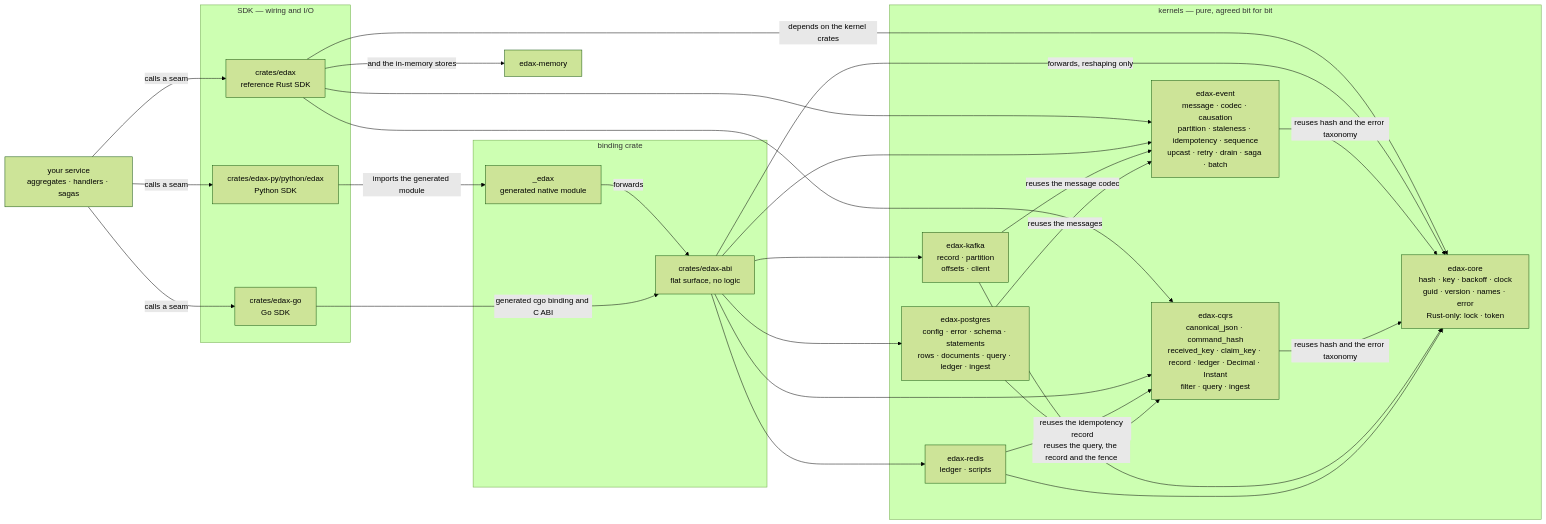
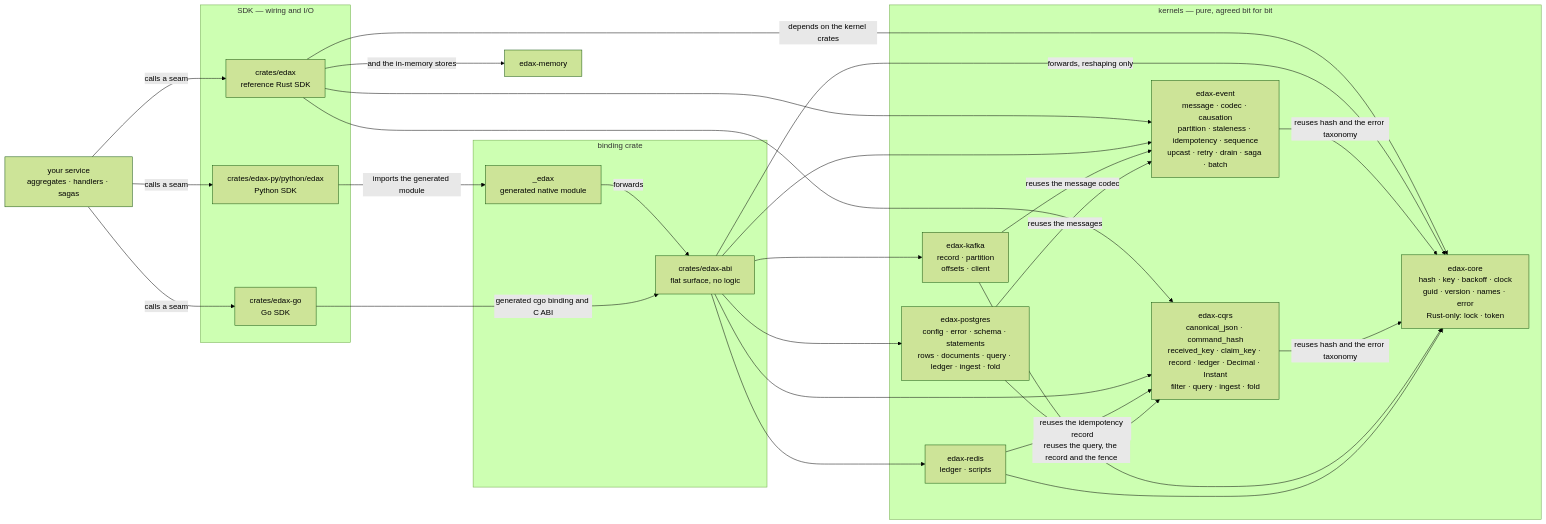
One commit to haskian/edax changed the first of 2 diagrams in docs/kernels/README.md. Above: the diagram before and after it, drawn with Mermaid (forest theme). The commit also changed other lines of this file and 25 other files, not shown here.

````diff
--- a/docs/kernels/README.md
+++ b/docs/kernels/README.md
@@ -10,49 +10,49 @@
 ```mermaid
 flowchart LR
     APP["your service<br/>aggregates · handlers · sagas"]
 
     subgraph sdks["SDK — wiring and I/O"]
         RS["crates/edax<br/>reference Rust SDK"]
         PY["crates/edax-py/python/edax<br/>Python SDK"]
         GO["crates/edax-go<br/>Go SDK"]
     end
 
     subgraph binding["binding crate"]
         ABI["crates/edax-abi<br/>flat surface, no logic"]
         NAT["_edax<br/>generated native module"]
     end
 
     subgraph kernels["kernels — pure, agreed bit for bit"]
         CORE["edax-core<br/>hash · key · backoff · clock<br/>guid · version · names · error<br/>Rust-only: lock · token"]
         EV["edax-event<br/>message · codec · causation<br/>partition · staleness · idempotency · sequence<br/>upcast · retry · drain · saga · batch"]
-        CQ["edax-cqrs<br/>canonical_json · command_hash<br/>received_key · claim_key · record · ledger · Decimal · Instant<br/>filter · query · ingest"]
+        CQ["edax-cqrs<br/>canonical_json · command_hash<br/>received_key · claim_key · record · ledger · Decimal · Instant<br/>filter · query · ingest · fold"]
         KAF["edax-kafka<br/>record · partition<br/>offsets · client"]
         RED["edax-redis<br/>ledger · scripts"]
-        PG["edax-postgres<br/>config · error · schema · statements<br/>rows · documents · query · ledger · ingest"]
+        PG["edax-postgres<br/>config · error · schema · statements<br/>rows · documents · query · ledger · ingest · fold"]
     end
 
     APP -->|"calls a seam"| RS
     APP -->|"calls a seam"| PY
     APP -->|"calls a seam"| GO
     RS -->|"depends on the kernel crates"| CORE
     RS --> EV
     RS --> CQ
     RS -->|"and the in-memory stores"| MEM["edax-memory"]
     PY -->|"imports the generated module"| NAT
     NAT -->|"forwards"| ABI
     GO -->|"generated cgo binding and C ABI"| ABI
     ABI -->|"forwards, reshaping only"| CORE
     ABI --> EV
     ABI --> CQ
     ABI --> KAF
     ABI --> RED
     ABI --> PG
     EV -->|"reuses hash and the error taxonomy"| CORE
     CQ -->|"reuses hash and the error taxonomy"| CORE
     KAF -->|"reuses the message codec"| EV
     KAF --> CORE
     RED -->|"reuses the idempotency record"| CQ
     RED --> CORE
     PG -->|"reuses the query, the record and the fence"| CQ
     PG -->|"reuses the messages"| EV
 ```
````
